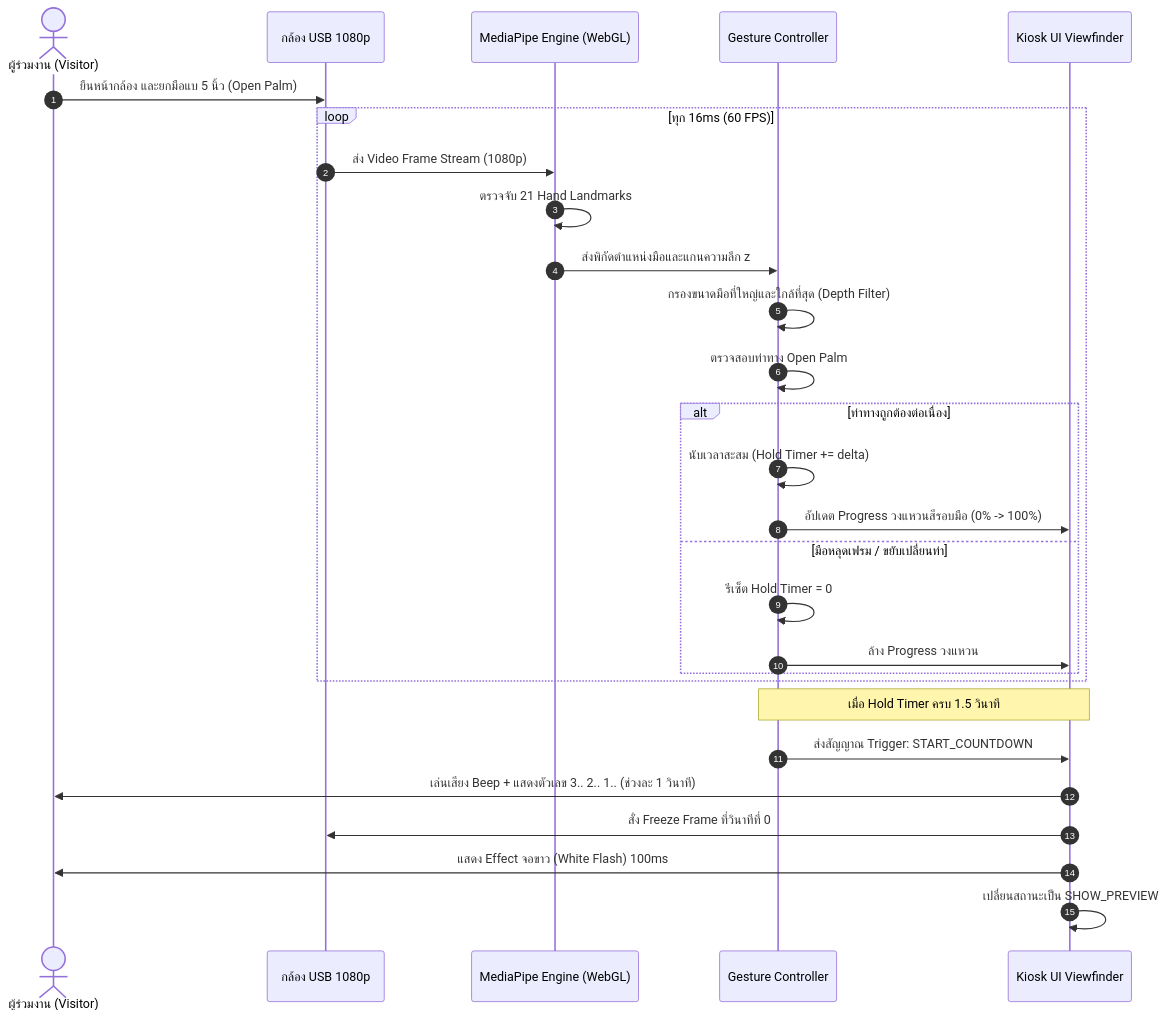
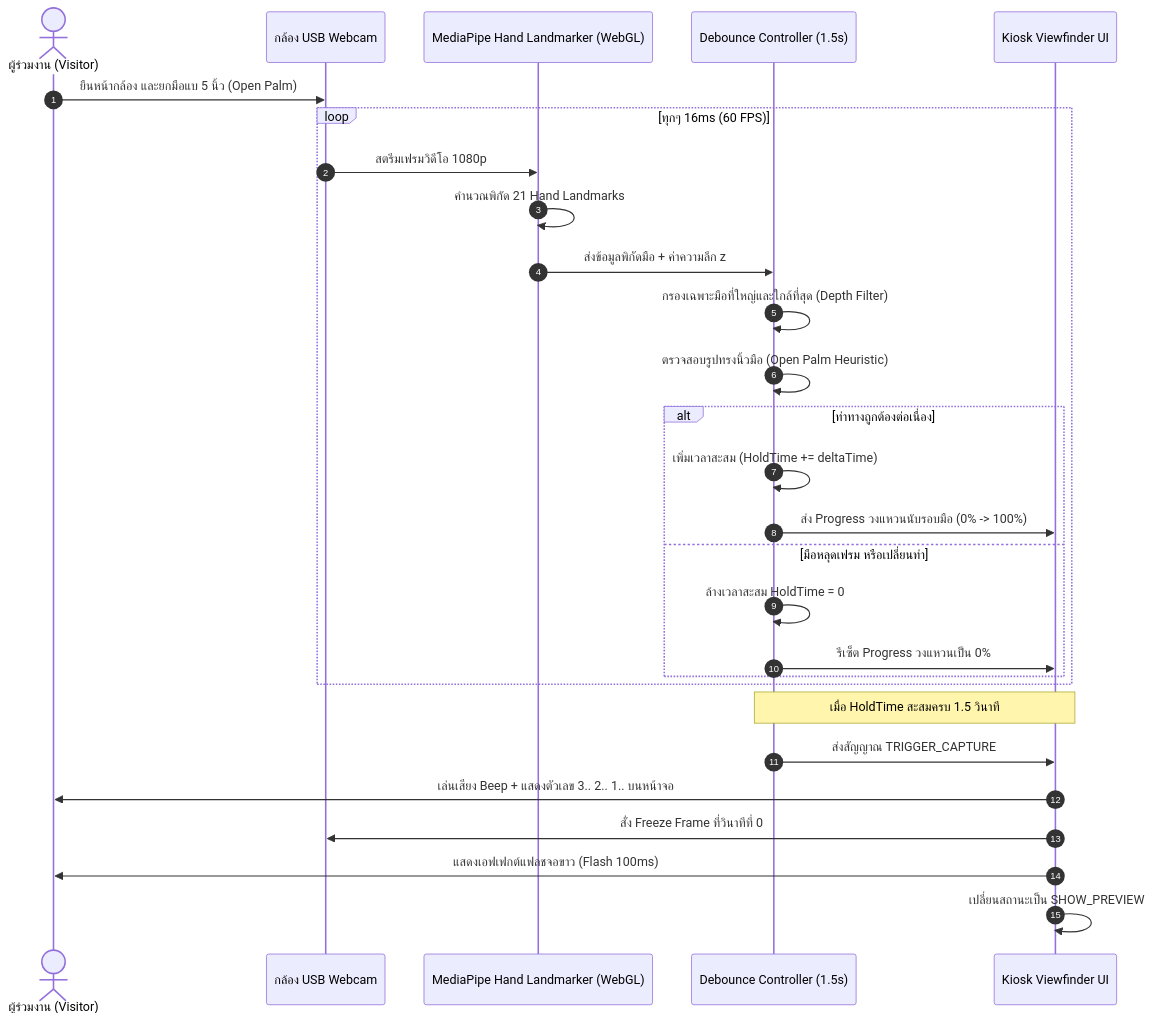
Before and after one commit to icelandz9/swu-openhouse: the seventh of 12 diagrams in ducument-sathit/task01/system-architecture-and-sequence-flow.md, drawn with Mermaid. The commit also changed other lines of this file and 1 other file, not shown here.

Commit message:
docs: finalize pure Photo Booth System Architecture and Sequence Flows based on grill-me locks

````diff
--- a/ducument-sathit/task01/system-architecture-and-sequence-flow.md
+++ b/ducument-sathit/task01/system-architecture-and-sequence-flow.md
@@ -279,32 +255,32 @@
 ```mermaid
 sequenceDiagram
     autonumber
     actor Visitor as ผู้ร่วมงาน (Visitor)
-    participant Camera as กล้อง USB 1080p
-    participant MediaPipe as MediaPipe Engine (WebGL)
-    participant Controller as Gesture Controller
-    participant UI as Kiosk UI Viewfinder
+    participant Cam as กล้อง USB Webcam
+    participant MP as MediaPipe Hand Landmarker (WebGL)
+    participant Debounce as Debounce Controller (1.5s)
+    participant UI as Kiosk Viewfinder UI
 
-    Visitor->>Camera: ยืนหน้ากล้อง และยกมือแบ 5 นิ้ว (Open Palm)
-    loop ทุก 16ms (60 FPS)
-        Camera->>MediaPipe: ส่ง Video Frame Stream (1080p)
-        MediaPipe->>MediaPipe: ตรวจจับ 21 Hand Landmarks
-        MediaPipe->>Controller: ส่งพิกัดตำแหน่งมือและแกนความลึก z
-        Controller->>Controller: กรองขนาดมือที่ใหญ่และใกล้ที่สุด (Depth Filter)
-        Controller->>Controller: ตรวจสอบท่าทาง Open Palm
+    Visitor->>Cam: ยืนหน้ากล้อง และยกมือแบ 5 นิ้ว (Open Palm)
+    loop ทุกๆ 16ms (60 FPS)
+        Cam->>MP: สตรีมเฟรมวิดีโอ 1080p
+        MP->>MP: คำนวณพิกัด 21 Hand Landmarks
+        MP->>Debounce: ส่งข้อมูลพิกัดมือ + ค่าความลึก z
+        Debounce->>Debounce: กรองเฉพาะมือที่ใหญ่และใกล้ที่สุด (Depth Filter)
+        Debounce->>Debounce: ตรวจสอบรูปทรงนิ้วมือ (Open Palm Heuristic)
         alt ท่าทางถูกต้องต่อเนื่อง
-            Controller->>Controller: นับเวลาสะสม (Hold Timer += delta)
-            Controller->>UI: อัปเดต Progress วงแหวนสีรอบมือ (0% -> 100%)
-        else มือหลุดเฟรม / ขยับเปลี่ยนท่า
-            Controller->>Controller: รีเซ็ต Hold Timer = 0
-            Controller->>UI: ล้าง Progress วงแหวน
+            Debounce->>Debounce: เพิ่มเวลาสะสม (HoldTime += deltaTime)
+            Debounce->>UI: ส่ง Progress วงแหวนนับรอบมือ (0% -> 100%)
+        else มือหลุดเฟรม หรือเปลี่ยนท่า
+            Debounce->>Debounce: ล้างเวลาสะสม HoldTime = 0
+            Debounce->>UI: รีเซ็ต Progress วงแหวนเป็น 0%
         end
     end
 
-    Note over Controller,UI: เมื่อ Hold Timer ครบ 1.5 วินาที
-    Controller->>UI: ส่งสัญญาณ Trigger: START_COUNTDOWN
-    UI->>Visitor: เล่นเสียง Beep + แสดงตัวเลข 3.. 2.. 1.. (ช่วงละ 1 วินาที)
-    UI->>Camera: สั่ง Freeze Frame ที่วินาทีที่ 0
-    UI->>Visitor: แสดง Effect จอขาว (White Flash) 100ms
+    Note over Debounce,UI: เมื่อ HoldTime สะสมครบ 1.5 วินาที
+    Debounce->>UI: ส่งสัญญาณ TRIGGER_CAPTURE
+    UI->>Visitor: เล่นเสียง Beep + แสดงตัวเลข 3.. 2.. 1.. บนหน้าจอ
+    UI->>Cam: สั่ง Freeze Frame ที่วินาทีที่ 0
+    UI->>Visitor: แสดงเอฟเฟกต์แฟลชจอขาว (Flash 100ms)
     UI->>UI: เปลี่ยนสถานะเป็น SHOW_PREVIEW
 ```
````
